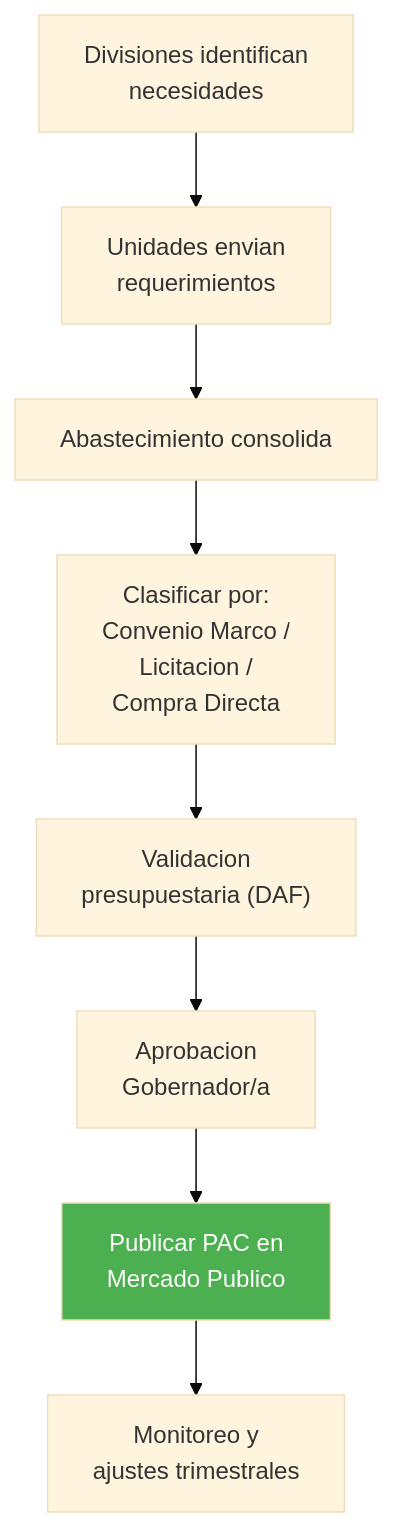
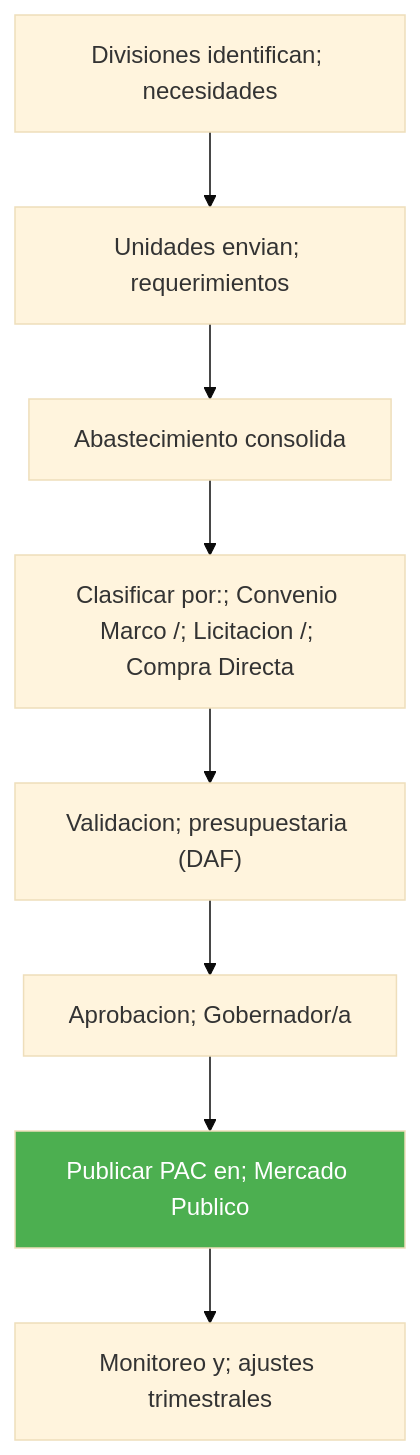
The second of 5 diagrams in KNOWLEDGE/gn/kb/manual-compras-contrataciones.md (felix-antonio-sl/kora), drawn with Mermaid (base theme) before and after one commit. The commit also changed other lines of this file and 1034 other files, not shown here.

````diff
--- a/KNOWLEDGE/gn/kb/manual-compras-contrataciones.md
+++ b/KNOWLEDGE/gn/kb/manual-compras-contrataciones.md
@@ -97,12 +108,12 @@
 ```mermaid
 flowchart TD
-    A["Divisiones identifican<br/>necesidades"] --> B["Unidades envian<br/>requerimientos"]
-    B --> C["Abastecimiento consolida"]
-    C --> D["Clasificar por:<br/>Convenio Marco /<br/>Licitacion /<br/>Compra Directa"]
-    D --> E["Validacion<br/>presupuestaria (DAF)"]
-    E --> F["Aprobacion<br/>Gobernador/a"]
-    F --> G["Publicar PAC en<br/>Mercado Publico"]
-    G --> H["Monitoreo y<br/>ajustes trimestrales"]
+ A["Divisiones identifican; necesidades"] --> B["Unidades envian; requerimientos"]
+ B --> C["Abastecimiento consolida"]
+ C --> D["Clasificar por:; Convenio Marco /; Licitacion /; Compra Directa"]
+ D --> E["Validacion; presupuestaria (DAF)"]
+ E --> F["Aprobacion; Gobernador/a"]
+ F --> G["Publicar PAC en; Mercado Publico"]
+ G --> H["Monitoreo y; ajustes trimestrales"]
 
-    style G fill:#4CAF50,color:#fff
+ style G fill:#4CAF50,color:#fff
 ```
````
